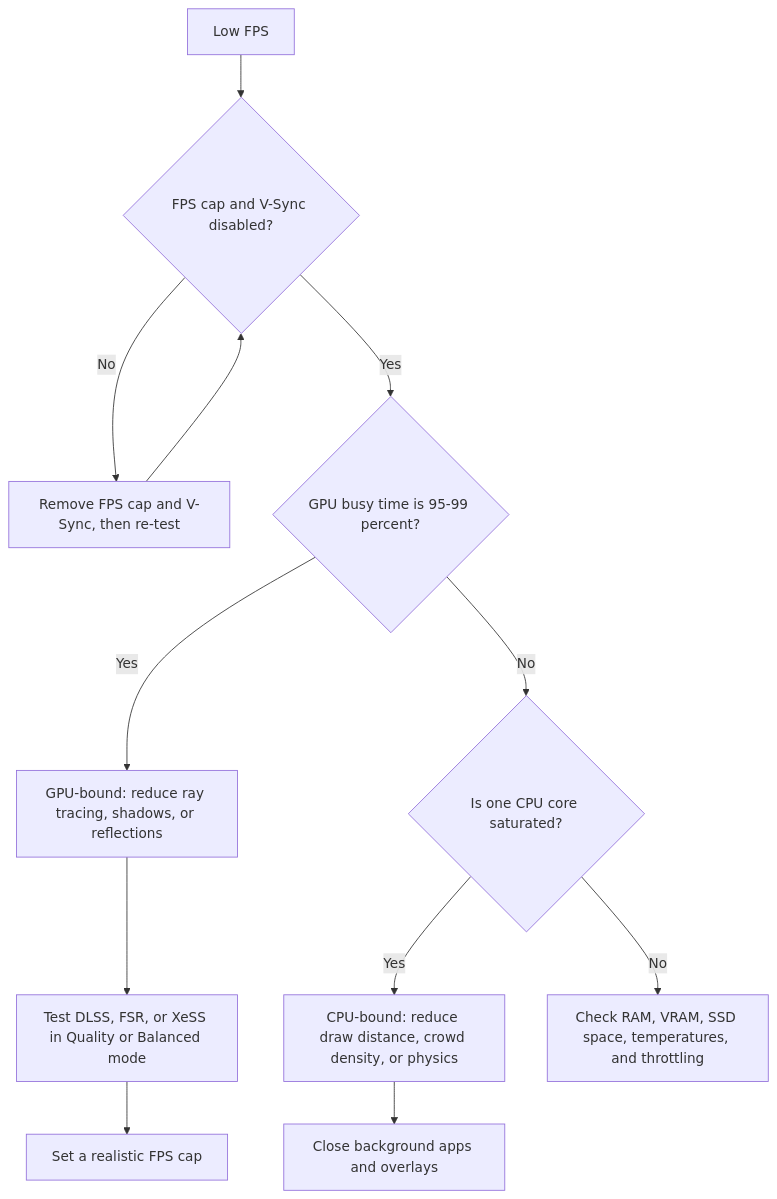
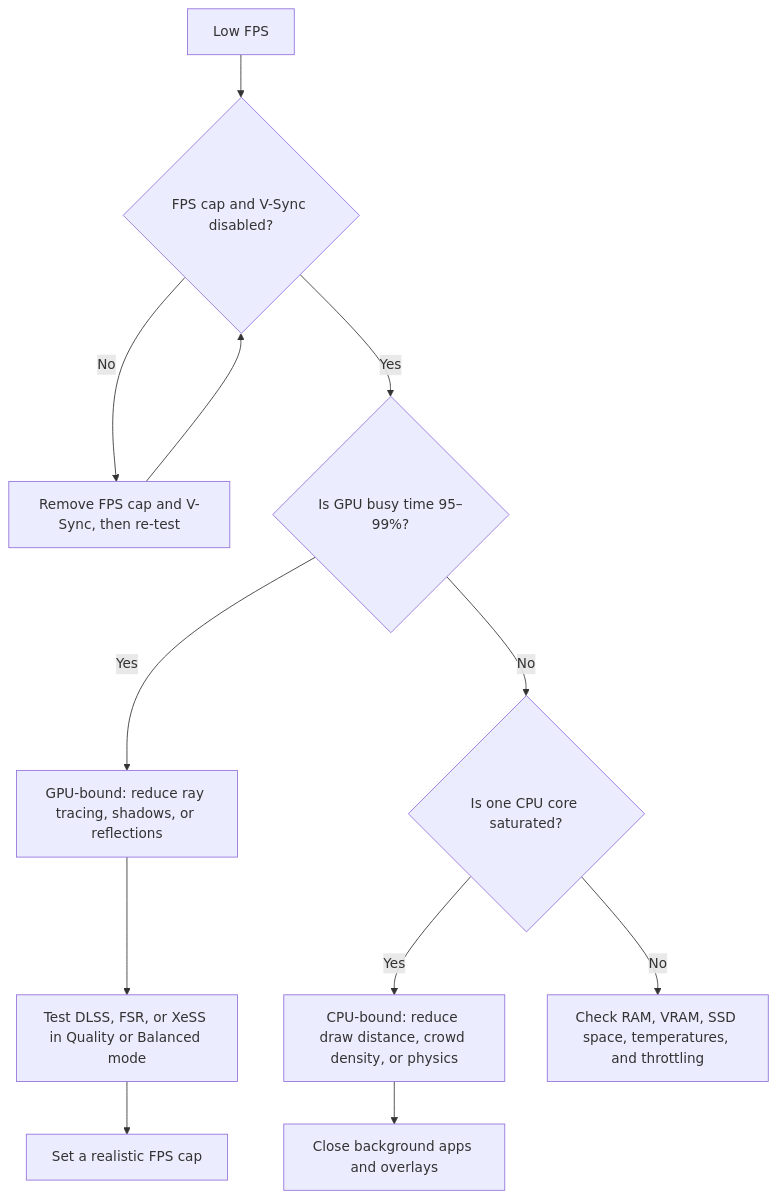
Before and after one commit to h4zvenn/gaming-pc-guide: the first of 5 diagrams in docs/15-troubleshooting-decision-trees.md, drawn with Mermaid. The commit also changed other lines of this file, not shown here.

````diff
--- a/docs/15-troubleshooting-decision-trees.md
+++ b/docs/15-troubleshooting-decision-trees.md
@@ -24,14 +24,14 @@
 ```mermaid
 flowchart TD
     A[Low FPS] --> B{FPS cap and V-Sync disabled?}
     B -- No --> B1[Remove FPS cap and V-Sync, then re-test]
     B1 --> B
-    B -- Yes --> C{GPU busy time is 95-99 percent?}
+    B -- Yes --> C{Is GPU busy time 95–99%?}
     C -- Yes --> D[GPU-bound: reduce ray tracing, shadows, or reflections]
     D --> E[Test DLSS, FSR, or XeSS in Quality or Balanced mode]
     E --> F[Set a realistic FPS cap]
     C -- No --> G{Is one CPU core saturated?}
     G -- Yes --> H[CPU-bound: reduce draw distance, crowd density, or physics]
     H --> I[Close background apps and overlays]
     G -- No --> J[Check RAM, VRAM, SSD space, temperatures, and throttling]
 ```
````
